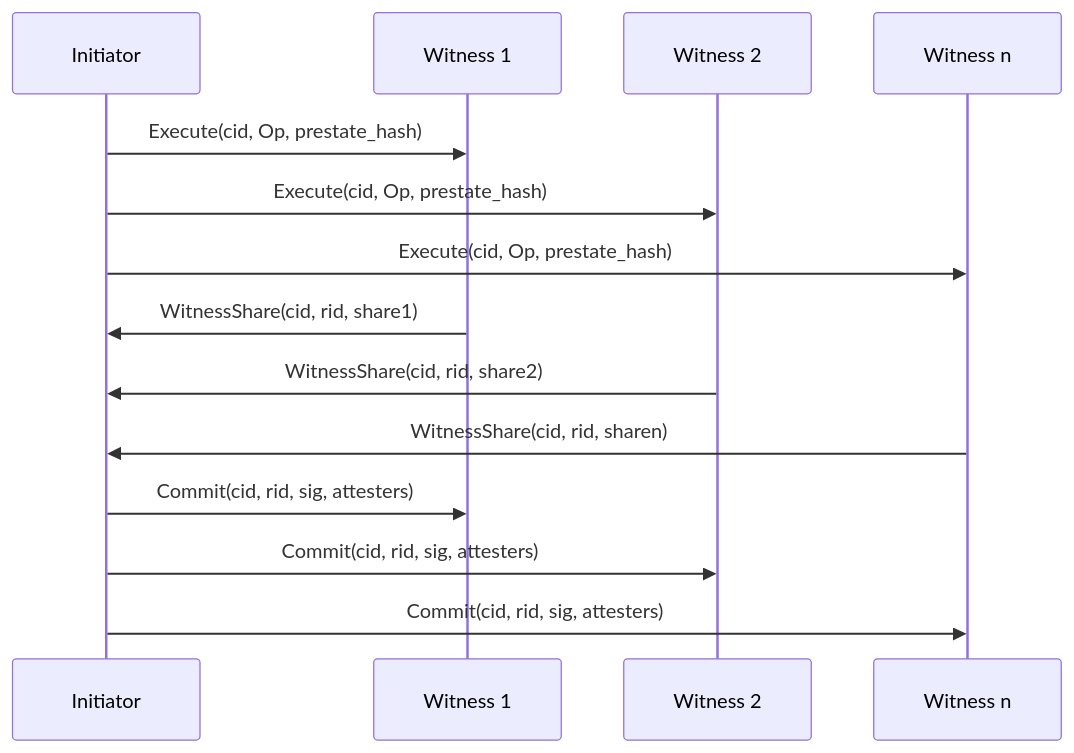
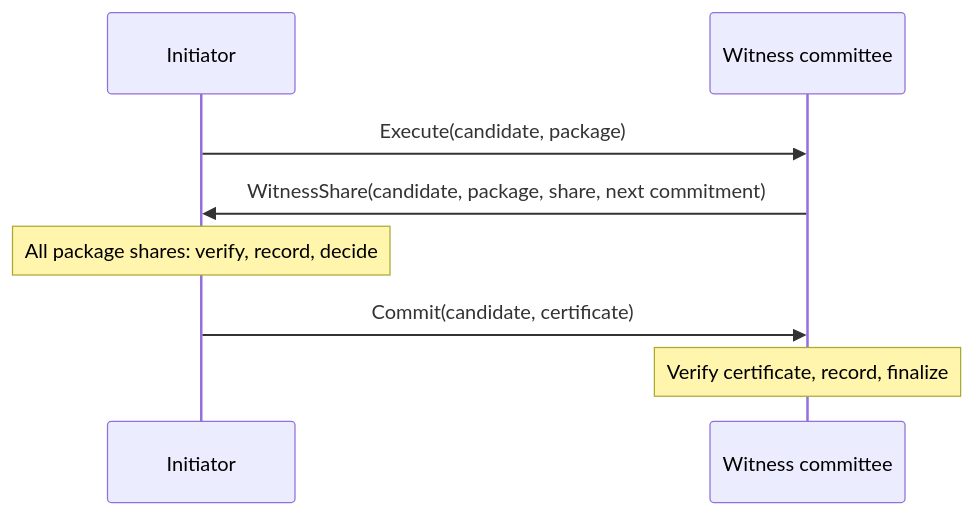
One commit to hxrts/weboftru.st changed the diagram in content/post/04-aura-consensus.md. Above: the diagram before and after it, drawn with Mermaid. The commit also changed other lines of this file and 12 other files, not shown here.

````diff
--- a/content/post/04-aura-consensus.md
+++ b/content/post/04-aura-consensus.md
@@ -137,19 +60,11 @@
 ```mermaid
 sequenceDiagram
     participant I as Initiator
-    participant W1 as Witness 1
-    participant W2 as Witness 2
-    participant Wn as Witness n
+    participant W as Witness committee
 
-    I->>W1: Execute(cid, Op, prestate_hash)
-    I->>W2: Execute(cid, Op, prestate_hash)
-    I->>Wn: Execute(cid, Op, prestate_hash)
-
-    W1->>I: WitnessShare(cid, rid, share1)
-    W2->>I: WitnessShare(cid, rid, share2)
-    Wn->>I: WitnessShare(cid, rid, sharen)
-
-    I->>W1: Commit(cid, rid, sig, attesters)
-    I->>W2: Commit(cid, rid, sig, attesters)
-    I->>Wn: Commit(cid, rid, sig, attesters)
+    I->>W: Execute(candidate, package)
+    W->>I: WitnessShare(candidate, package, share, next commitment)
+    Note over I: All package shares: verify, record, decide
+    I->>W: Commit(candidate, certificate)
+    Note over W: Verify certificate, record, finalize
 ```
````
